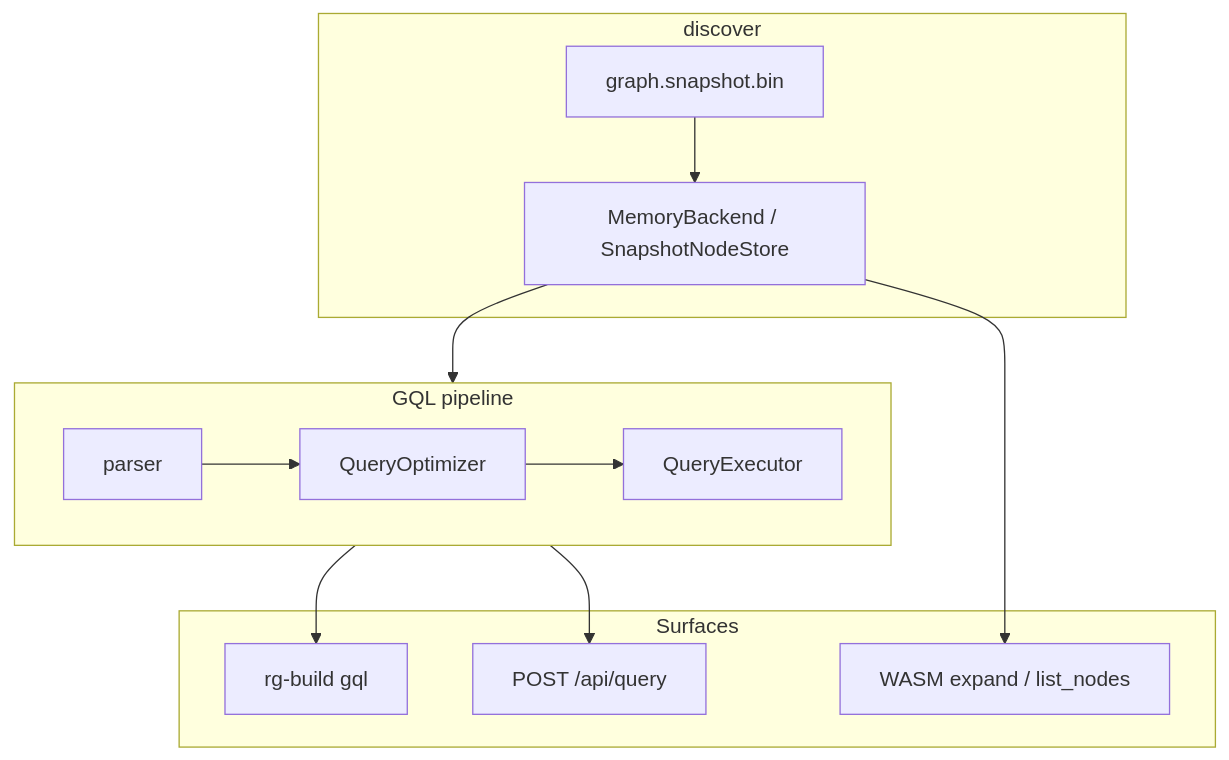
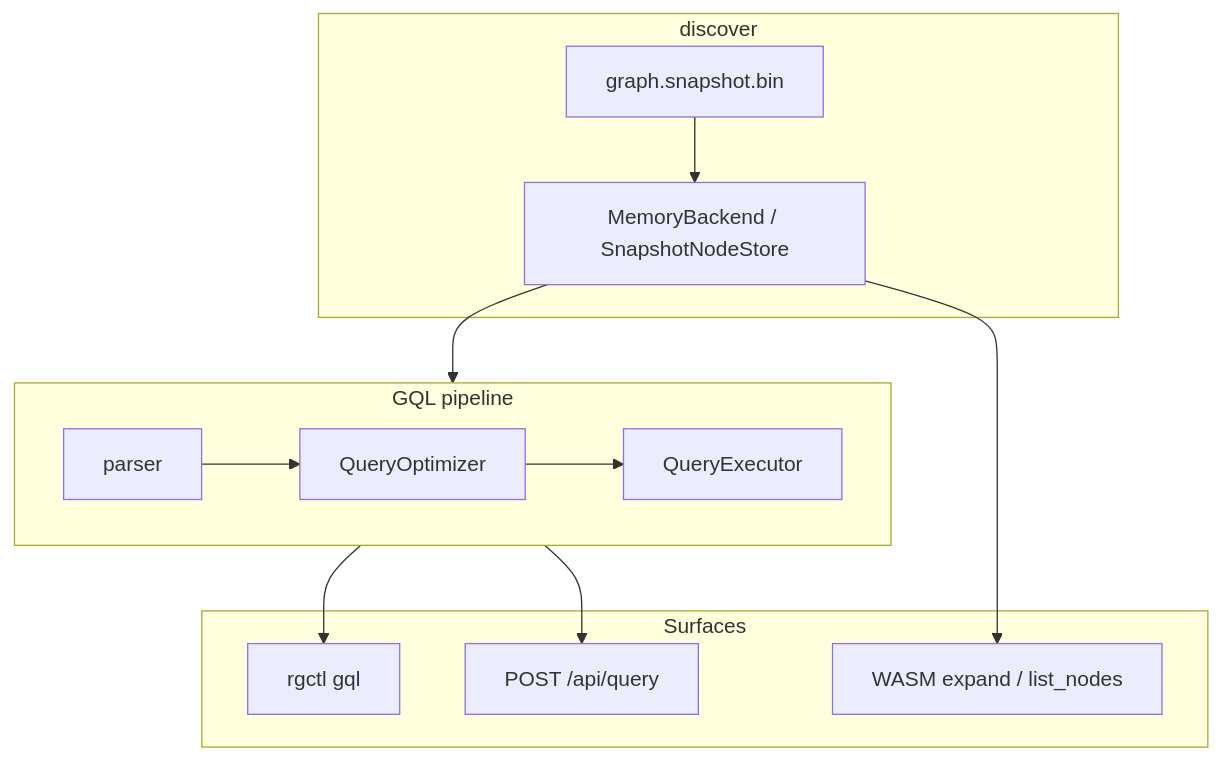
Before and after one commit to l3acon/rgctl: the diagram in docs/design/gql-design.md, drawn with Mermaid. The commit also changed other lines of this file and 217 other files, not shown here.

````diff
--- a/docs/design/gql-design.md
+++ b/docs/design/gql-design.md
@@ -30,25 +30,25 @@
 ```mermaid
 flowchart TB
   subgraph index["discover"]
     SNAP[graph.snapshot.bin]
     SNAP --> BACK[MemoryBackend / SnapshotNodeStore]
   end
 
   subgraph gql["GQL pipeline"]
     PARSE[parser]
     OPT[QueryOptimizer]
     EXEC[QueryExecutor]
     PARSE --> OPT --> EXEC
   end
 
   subgraph surfaces["Surfaces"]
-    CLI[rg-build gql]
+    CLI[rgctl gql]
     HTTP[POST /api/query]
     WASM[WASM expand / list_nodes]
   end
 
   BACK --> gql
   gql --> CLI
   gql --> HTTP
   BACK --> WASM
 ```
````
